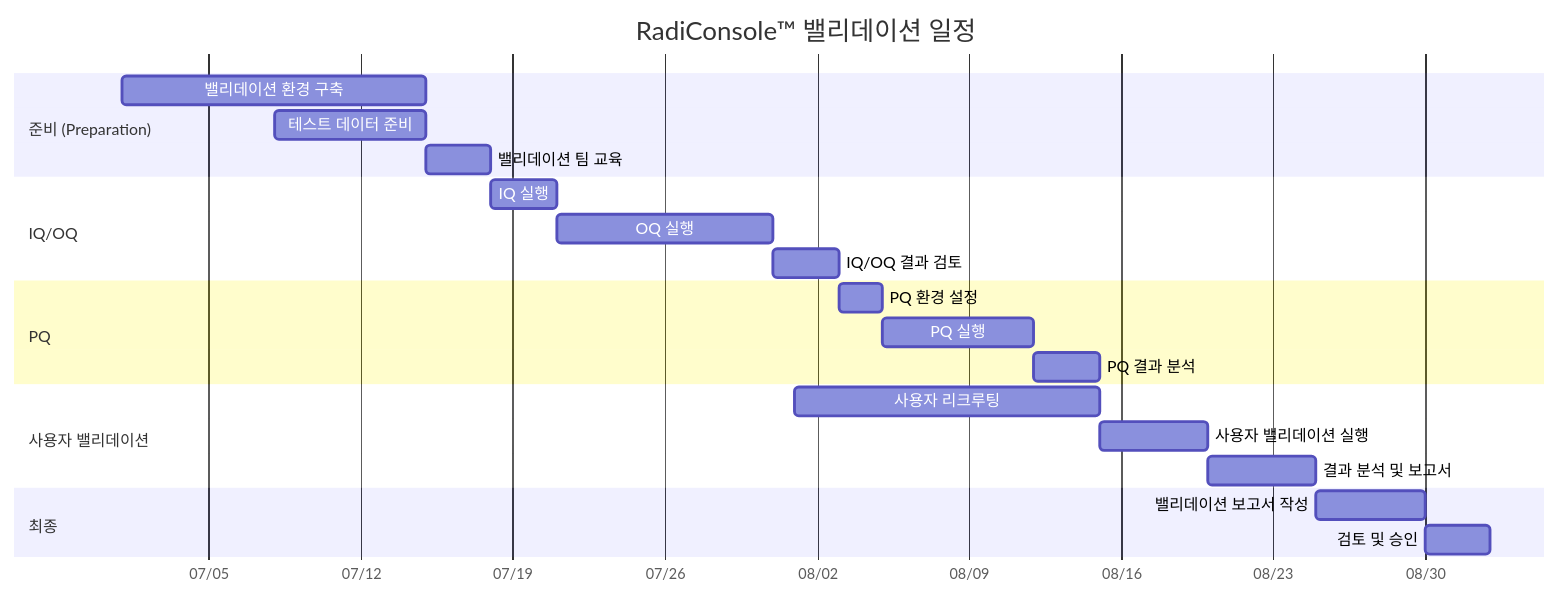
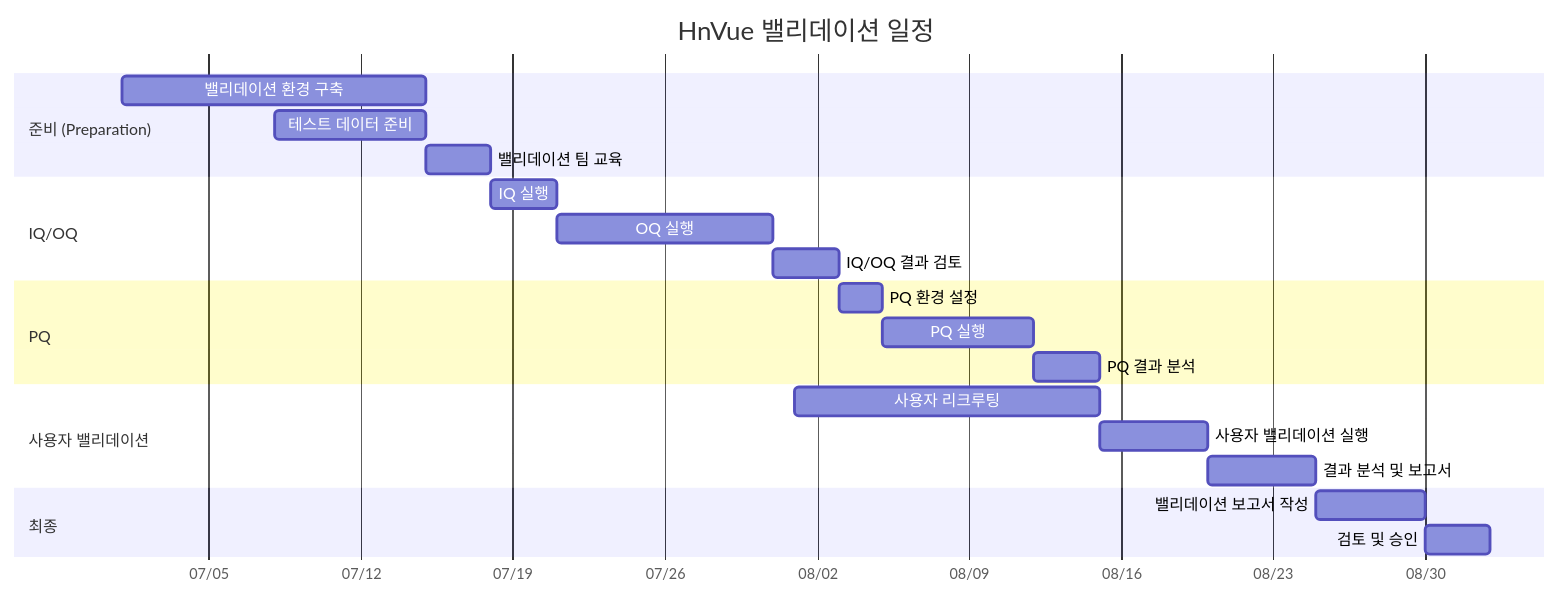
The eighth of 8 diagrams in docs/verification/DOC-015_ValidationPlan_v1.0.md (holee9/console-gui), drawn with Mermaid before and after one commit. The commit also changed other lines of this file and 40 other files, not shown here.

````diff
--- a/docs/verification/DOC-015_ValidationPlan_v1.0.md
+++ b/docs/verification/DOC-015_ValidationPlan_v1.0.md
@@ -511,30 +511,30 @@
 ```mermaid
 gantt
-    title RadiConsole™ 밸리데이션 일정
+    title HnVue 밸리데이션 일정
     dateFormat  YYYY-MM-DD
     axisFormat  %m/%d
     
     section 준비 (Preparation)
     밸리데이션 환경 구축       :v1, 2026-07-01, 14d
     테스트 데이터 준비         :v2, 2026-07-08, 7d
     밸리데이션 팀 교육         :v3, 2026-07-15, 3d
     
     section IQ/OQ
     IQ 실행                   :v4, 2026-07-18, 3d
     OQ 실행                   :v5, 2026-07-21, 10d
     IQ/OQ 결과 검토           :v6, 2026-07-31, 3d
     
     section PQ
     PQ 환경 설정              :v7, 2026-08-03, 2d
     PQ 실행                   :v8, 2026-08-05, 7d
     PQ 결과 분석              :v9, 2026-08-12, 3d
     
     section 사용자 밸리데이션
     사용자 리크루팅            :v10, 2026-08-01, 14d
     사용자 밸리데이션 실행      :v11, 2026-08-15, 5d
     결과 분석 및 보고서         :v12, 2026-08-20, 5d
     
     section 최종
     밸리데이션 보고서 작성      :v13, 2026-08-25, 5d
     검토 및 승인               :v14, 2026-08-30, 3d
 ```
````
